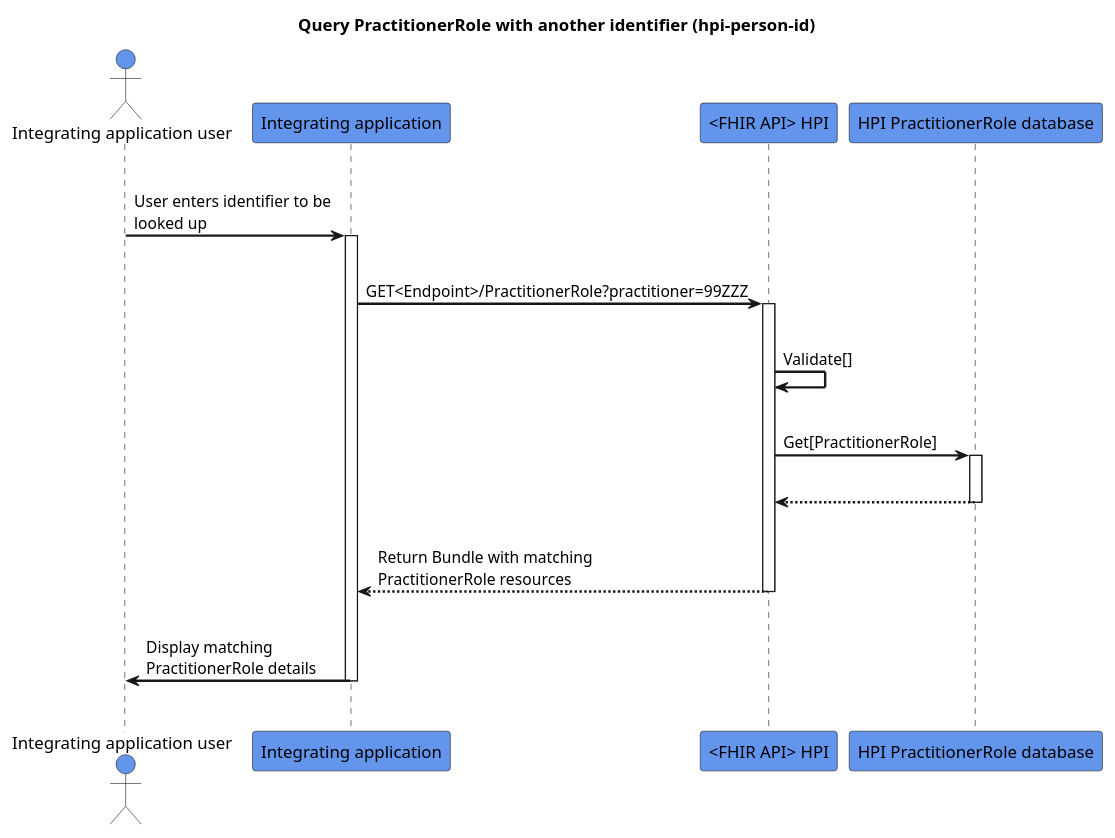
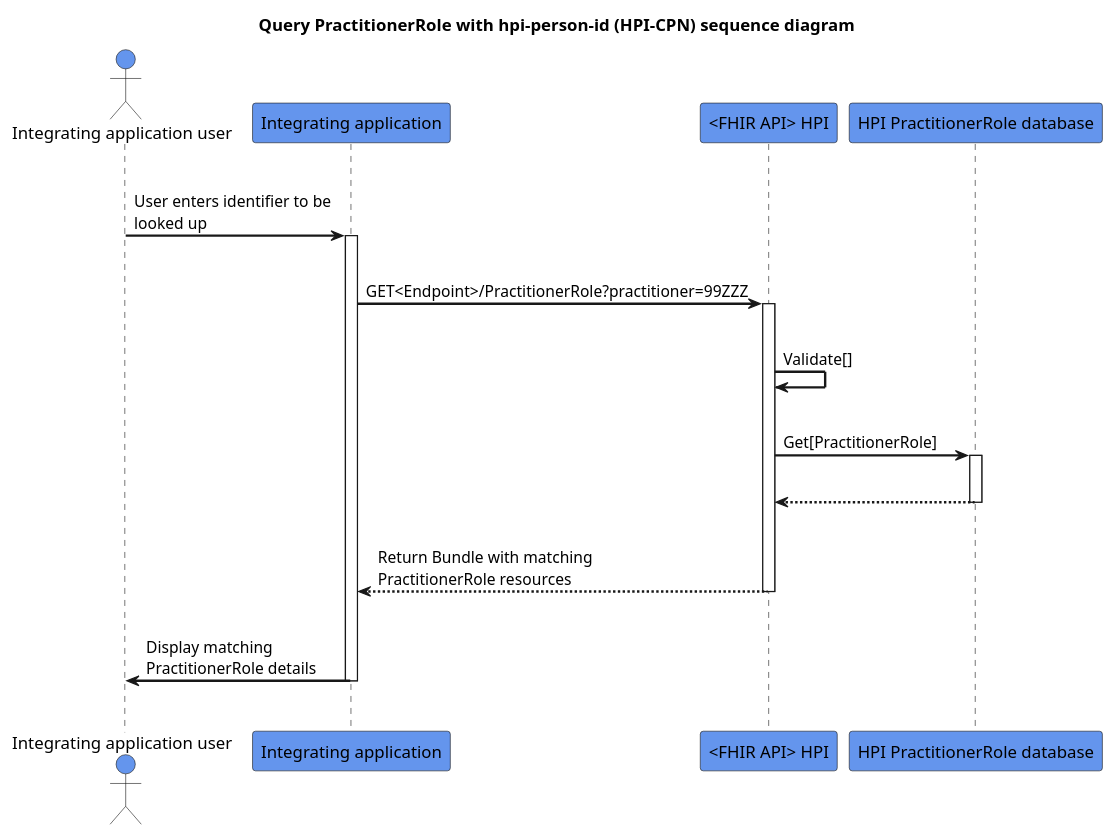
Before and after one commit to HL7NZ/hpi: the diagram in input/images-source/query-practitionerrole.plantuml, drawn with PlantUML.

```diff
--- a/input/images-source/query-practitionerrole.plantuml
+++ b/input/images-source/query-practitionerrole.plantuml
@@ -1,32 +1,32 @@
 @startuml
 skinparam sequenceArrowThickness 2
 skinparam roundcorner 5
 skinparam maxmessagesize 180
 skinparam sequenceParticipant bold
-title Query PractitionerRole with another identifier (hpi-person-id)
+title Query PractitionerRole with hpi-person-id (HPI-CPN) sequence diagram
 actor "Integrating application user" as User #CornflowerBlue
 participant "Integrating application" as A #CornflowerBlue
 participant "<FHIR API> HPI" as B #CornflowerBlue
 participant "HPI PractitionerRole database" as C #CornflowerBlue
 |||
 User -> A: User enters identifier to be looked up
 activate A
 |||
 A -> B: GET<Endpoint>/PractitionerRole?practitioner=99ZZZ
 activate B
 |||
 B -> B: Validate[]
 |||
 B -> C: Get[PractitionerRole]
 activate C
 |||
 C -[dashed]-> B:  
 deactivate C
 |||
 B -[dashed]-> A:Return Bundle with matching PractitionerRole resources
 deactivate B
 |||
 A -> User: Display matching PractitionerRole details
 deactivate A
 |||
 @enduml
```
